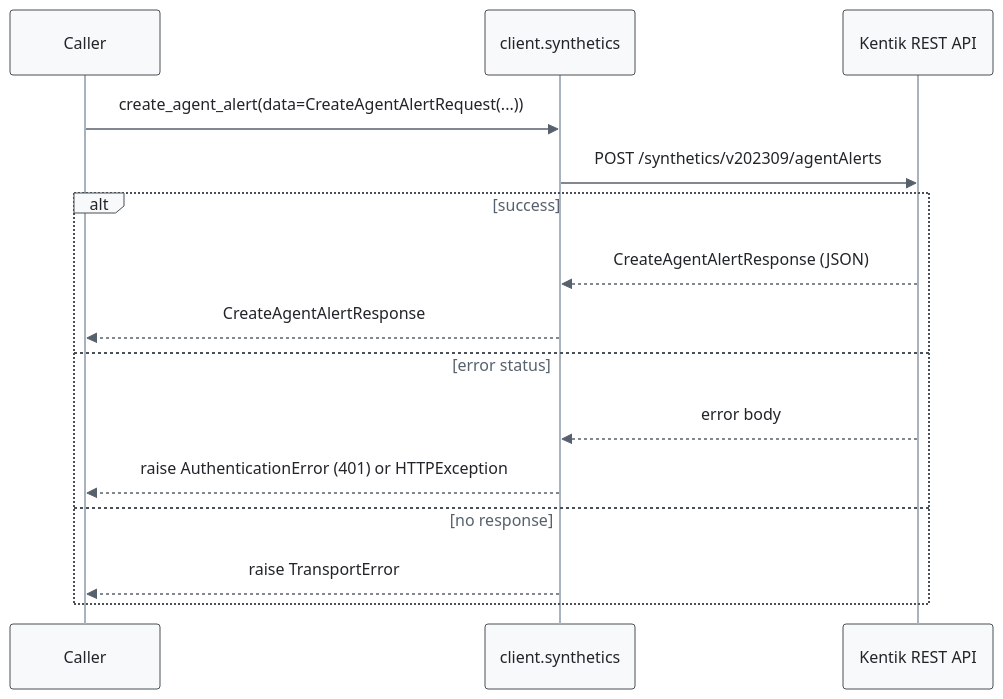
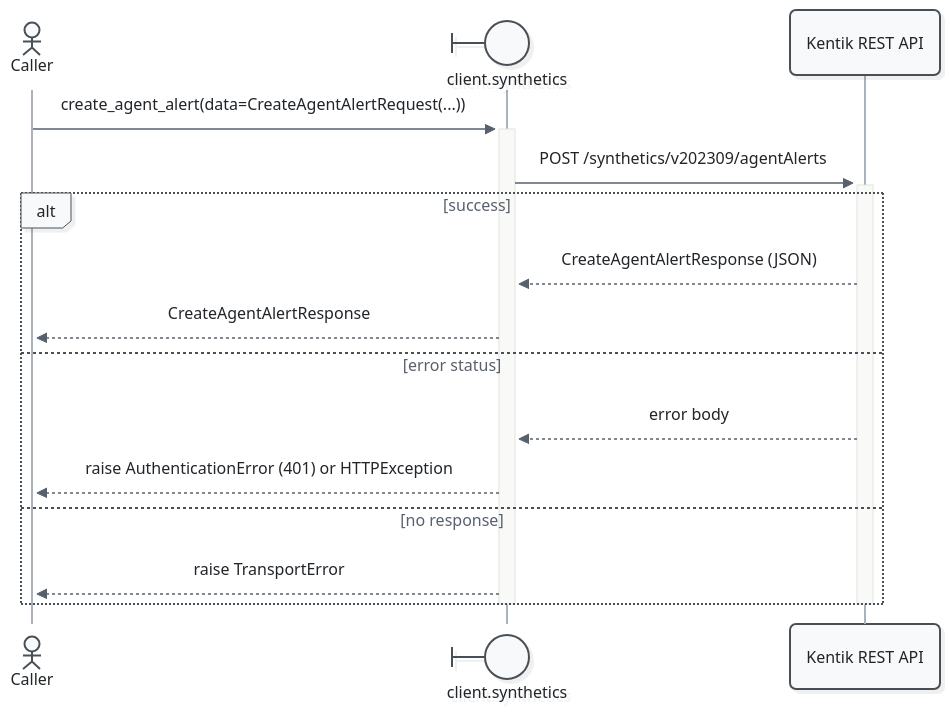
One commit to alexdearaujo/community_sdk_python changed the third of 37 diagrams in docs/sphinx/services/synthetics.md. Above: the diagram before and after it, drawn with Mermaid. The commit also changed other lines of this file and 52 other files, not shown here.

First line of the commit message:
docs: Mermaid 12 sequence diagrams with participant types and path colors

````diff
--- a/docs/sphinx/services/synthetics.md
+++ b/docs/sphinx/services/synthetics.md
@@ -111,19 +116,21 @@
 ```mermaid
-%%{init: {"theme": "base", "fontFamily": "ui-monospace, SFMono-Regular, Menlo, monospace", "themeVariables": {"fontFamily": "ui-monospace, SFMono-Regular, Menlo, monospace", "primaryColor": "#f8f9fa", "primaryBorderColor": "#495057", "primaryTextColor": "#212529", "textColor": "#212529", "lineColor": "#77818c", "edgeLabelBackground": "#ffffff", "actorBkg": "#f8f9fa", "actorBorder": "#495057", "actorTextColor": "#212529", "actorLineColor": "#a9b3be", "signalColor": "#57616d", "signalTextColor": "#212529", "labelBoxBkgColor": "#f8f9fa", "labelBoxBorderColor": "#495057", "labelTextColor": "#212529", "loopTextColor": "#57616d", "noteBkgColor": "#fff9db", "noteBorderColor": "#f08c00", "noteTextColor": "#a35a00"}, "flowchart": {"curve": "step", "nodeSpacing": 30, "rankSpacing": 70, "wrappingWidth": 400}}}%%
+%%{init: {"theme": "redux", "look": "neo", "layout": "dagre", "fontFamily": "ui-monospace, SFMono-Regular, Menlo, monospace", "themeVariables": {"fontFamily": "ui-monospace, SFMono-Regular, Menlo, monospace", "primaryColor": "#f8f9fa", "primaryBorderColor": "#495057", "primaryTextColor": "#212529", "textColor": "#212529", "lineColor": "#77818c", "edgeLabelBackground": "#ffffff", "actorBkg": "#f8f9fa", "actorBorder": "#495057", "actorTextColor": "#212529", "actorLineColor": "#a9b3be", "signalColor": "#57616d", "signalTextColor": "#212529", "labelBoxBkgColor": "#f8f9fa", "labelBoxBorderColor": "#495057", "labelTextColor": "#212529", "loopTextColor": "#57616d", "noteBkgColor": "#fff9db", "noteBorderColor": "#f08c00", "noteTextColor": "#a35a00"}, "sequence": {"activationWidth": 16}, "flowchart": {"curve": "step", "nodeSpacing": 30, "rankSpacing": 70, "wrappingWidth": 400}}}%%
 sequenceDiagram
-    participant C as Caller
-    participant W as client.synthetics
+    actor C as Caller
+    participant W@{ "type": "boundary" } as client.synthetics
     participant API as Kentik REST API
 
-    C->>W: create_agent_alert(data=CreateAgentAlertRequest(...))
-    W->>API: POST /synthetics/v202309/agentAlerts
+    C->>+W: create_agent_alert(data=CreateAgentAlertRequest(...))
+    W->>+API: POST /synthetics/v202309/agentAlerts
     alt success
         API-->>W: CreateAgentAlertResponse (JSON)
         W-->>C: CreateAgentAlertResponse
     else error status
         API-->>W: error body
         W-->>C: raise AuthenticationError (401) or HTTPException
     else no response
         W-->>C: raise TransportError
     end
+    deactivate API
+    deactivate W
 ```
````
